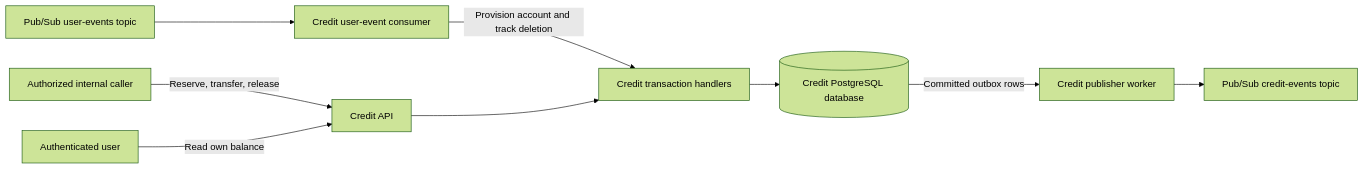
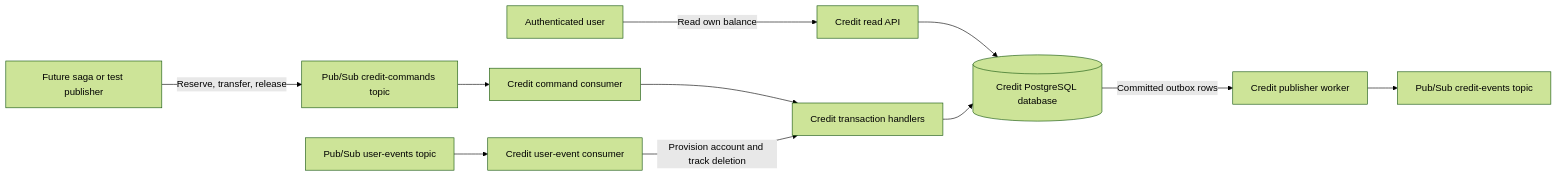
One commit to Y2627S1-CS3219-P32/Y2627S1-CS3219-P32 changed the first of 4 diagrams in credit-service/docs/credit-service-tech-design.md. Above: the diagram before and after it, drawn with Mermaid (forest theme). The commit also changed other lines of this file and 18 other files, not shown here.

Commit message:
feat(credit): consume commands through Pub/Sub

````diff
--- a/credit-service/docs/credit-service-tech-design.md
+++ b/credit-service/docs/credit-service-tech-design.md
@@ -12,11 +12,13 @@
 ```mermaid
 flowchart LR
-    I[Authorized internal caller] -->|Reserve, transfer, release| A[Credit API]
+    I[Future saga or test publisher] -->|Reserve, transfer, release| Q[Pub/Sub credit-commands topic]
+    Q --> C2[Credit command consumer]
+    C2 --> H[Credit transaction handlers]
     B1[Pub/Sub user-events topic] --> C[Credit user-event consumer]
     C -->|Provision account and track deletion| H
     U[Authenticated user] -->|Read own balance| A
-    A --> H[Credit transaction handlers]
+    A[Credit read API] --> D
     H --> D[(Credit PostgreSQL database)]
     D -->|Committed outbox rows| P[Credit publisher worker]
     P --> B[Pub/Sub credit-events topic]
 ```
````
